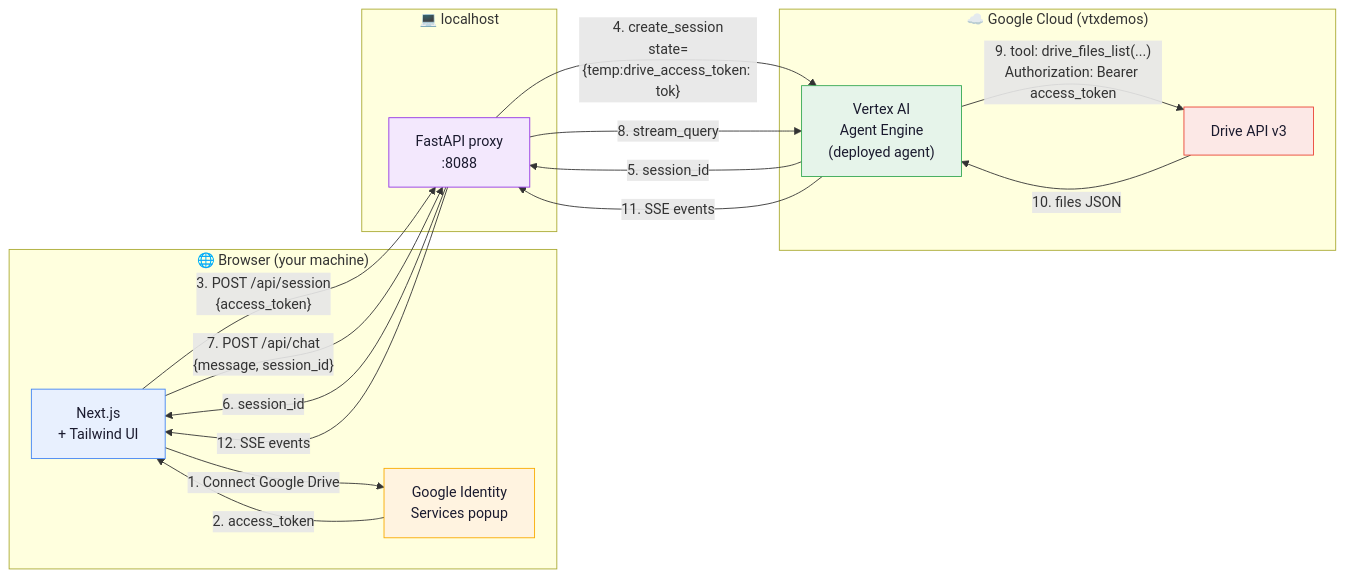
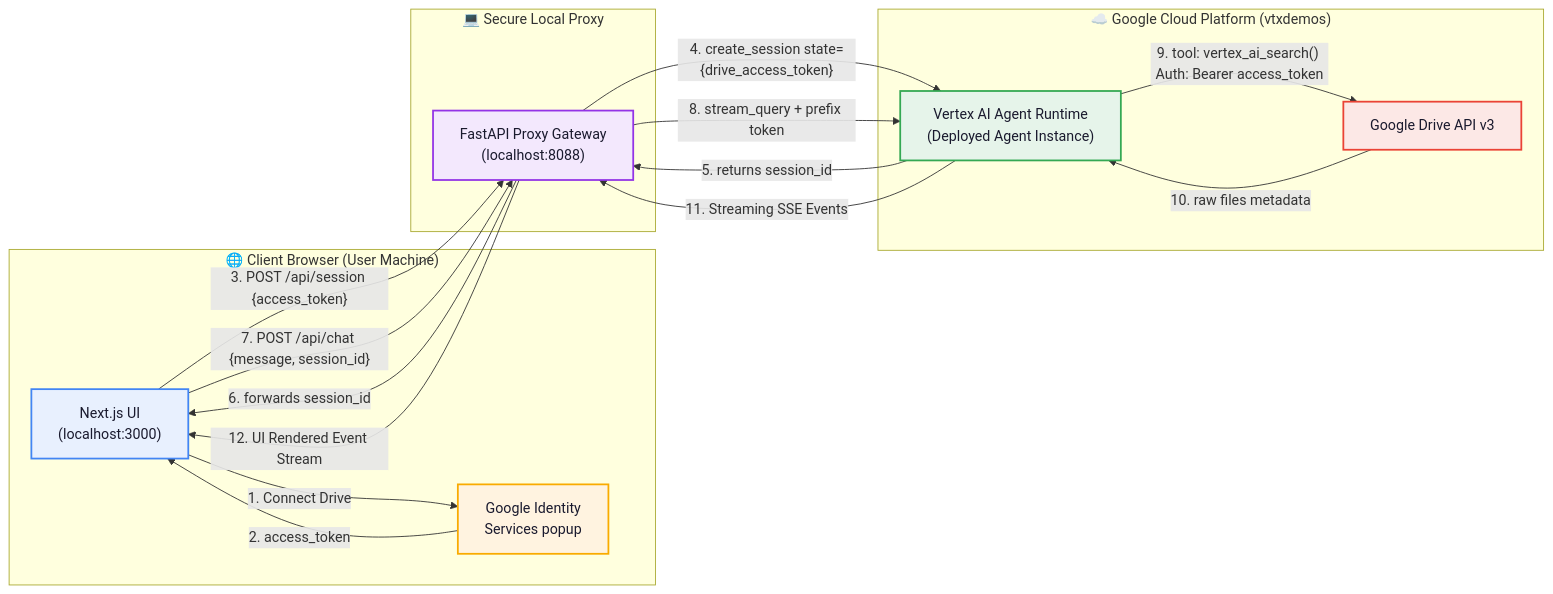
Before and after one commit to jchavezar/vertex-ai-samples: the first of 2 diagrams in semiautonomous-agents/custom_ui_adk_vais_gcs_gdrive/README.md, drawn with Mermaid. The commit also changed other lines of this file, not shown here.

Commit message:
docs: clean and enrich customer-facing README with detailed token-passing guide and Mermaid sequence diagrams

````diff
--- a/semiautonomous-agents/custom_ui_adk_vais_gcs_gdrive/README.md
+++ b/semiautonomous-agents/custom_ui_adk_vais_gcs_gdrive/README.md
@@ -54,35 +32,35 @@
 ```mermaid
 flowchart LR
-    subgraph Browser["🌐 Browser (your machine)"]
-        UI["Next.js<br/>+ Tailwind UI"]
+    subgraph Browser["🌐 Client Browser (User Machine)"]
+        UI["Next.js UI<br/>(localhost:3000)"]
         GIS["Google Identity<br/>Services popup"]
     end
 
-    subgraph LocalHost["💻 localhost"]
-        BE["FastAPI proxy<br/>:8088"]
+    subgraph LocalHost["💻 Secure Local Proxy"]
+        BE["FastAPI Proxy Gateway<br/>(localhost:8088)"]
     end
 
-    subgraph GCP["☁️ Google Cloud (vtxdemos)"]
-        AE["Vertex AI<br/>Agent Engine<br/>(deployed agent)"]
-        Drive["Drive API v3"]
+    subgraph GCP["☁️ Google Cloud Platform (vtxdemos)"]
+        AR["Vertex AI Agent Runtime<br/>(Deployed Agent Instance)"]
+        Drive["Google Drive API v3"]
     end
 
-    UI -- "1. Connect Google Drive" --> GIS
+    UI -- "1. Connect Drive" --> GIS
     GIS -- "2. access_token" --> UI
-    UI -- "3. POST /api/session<br/>{access_token}" --> BE
-    BE -- "4. create_session<br/>state={temp:drive_access_token: tok}" --> AE
-    AE -- "5. session_id" --> BE
-    BE -- "6. session_id" --> UI
-    UI -- "7. POST /api/chat<br/>{message, session_id}" --> BE
-    BE -- "8. stream_query" --> AE
-    AE -- "9. tool: drive_files_list(...)<br/>Authorization: Bearer access_token" --> Drive
-    Drive -- "10. files JSON" --> AE
-    AE -- "11. SSE events" --> BE
-    BE -- "12. SSE events" --> UI
+    UI -- "3. POST /api/session {access_token}" --> BE
+    BE -- "4. create_session state={drive_access_token}" --> AR
+    AR -- "5. returns session_id" --> BE
+    BE -- "6. forwards session_id" --> UI
+    UI -- "7. POST /api/chat {message, session_id}" --> BE
+    BE -- "8. stream_query + prefix token" --> AR
+    AR -- "9. tool: vertex_ai_search() Auth: Bearer access_token" --> Drive
+    Drive -- "10. raw files metadata" --> AR
+    AR -- "11. Streaming SSE Events" --> BE
+    BE -- "12. UI Rendered Event Stream" --> UI
 
-    style UI fill:#e8f0fe,color:#1a1a2e,stroke:#4285f4
-    style GIS fill:#fff3e0,color:#1a1a2e,stroke:#f9ab00
-    style AE fill:#e6f4ea,color:#1a1a2e,stroke:#34a853
-    style Drive fill:#fce8e6,color:#1a1a2e,stroke:#ea4335
-    style BE fill:#f3e8fd,color:#1a1a2e,stroke:#9334e6
+    style UI fill:#e8f0fe,color:#1a1a2e,stroke:#4285f4,stroke-width:2px
+    style GIS fill:#fff3e0,color:#1a1a2e,stroke:#f9ab00,stroke-width:2px
+    style AR fill:#e6f4ea,color:#1a1a2e,stroke:#34a853,stroke-width:2px
+    style Drive fill:#fce8e6,color:#1a1a2e,stroke:#ea4335,stroke-width:2px
+    style BE fill:#f3e8fd,color:#1a1a2e,stroke:#9334e6,stroke-width:2px
 ```
````
